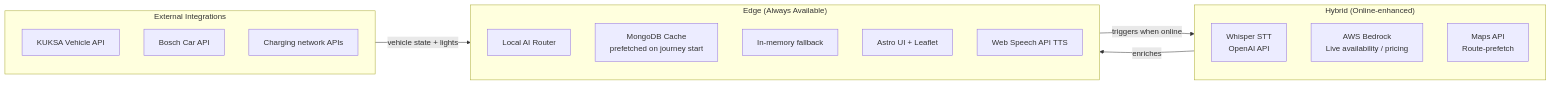
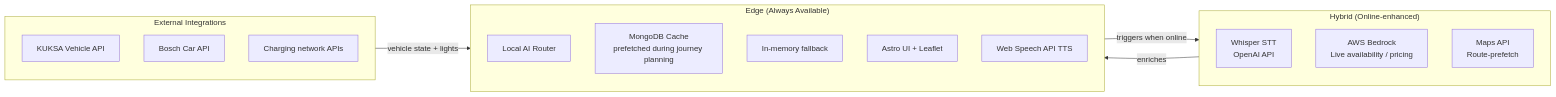
Before and after one commit to Bosch-Connected-Experience-26/Canals: the fourth of 5 diagrams in README.md, drawn with Mermaid. The commit also changed other lines of this file and 13 other files, not shown here.

Commit message:
feat: wire UI demo journey cache flow

````diff
--- a/README.md
+++ b/README.md
@@ -208,26 +208,26 @@
 ```mermaid
 graph LR
     subgraph Edge["Edge (Always Available)"]
         A["Local AI Router"]
-        B["MongoDB Cache<br/>prefetched on journey start"]
+        B["MongoDB Cache<br/>prefetched during journey planning"]
         C["In-memory fallback"]
         D["Astro UI + Leaflet"]
         E["Web Speech API TTS"]
     end
 
     subgraph Hybrid["Hybrid (Online-enhanced)"]
         F["Whisper STT<br/>OpenAI API"]
         G["AWS Bedrock<br/>Live availability / pricing"]
         H["Maps API<br/>Route-prefetch"]
     end
 
     subgraph External["External Integrations"]
         I["KUKSA Vehicle API"]
         J["Bosch Car API"]
         K["Charging network APIs"]
     end
 
     Edge -->|"triggers when online"| Hybrid
     Hybrid -->|"enriches"| Edge
     External -->|"vehicle state + lights"| Edge
 ```
````
